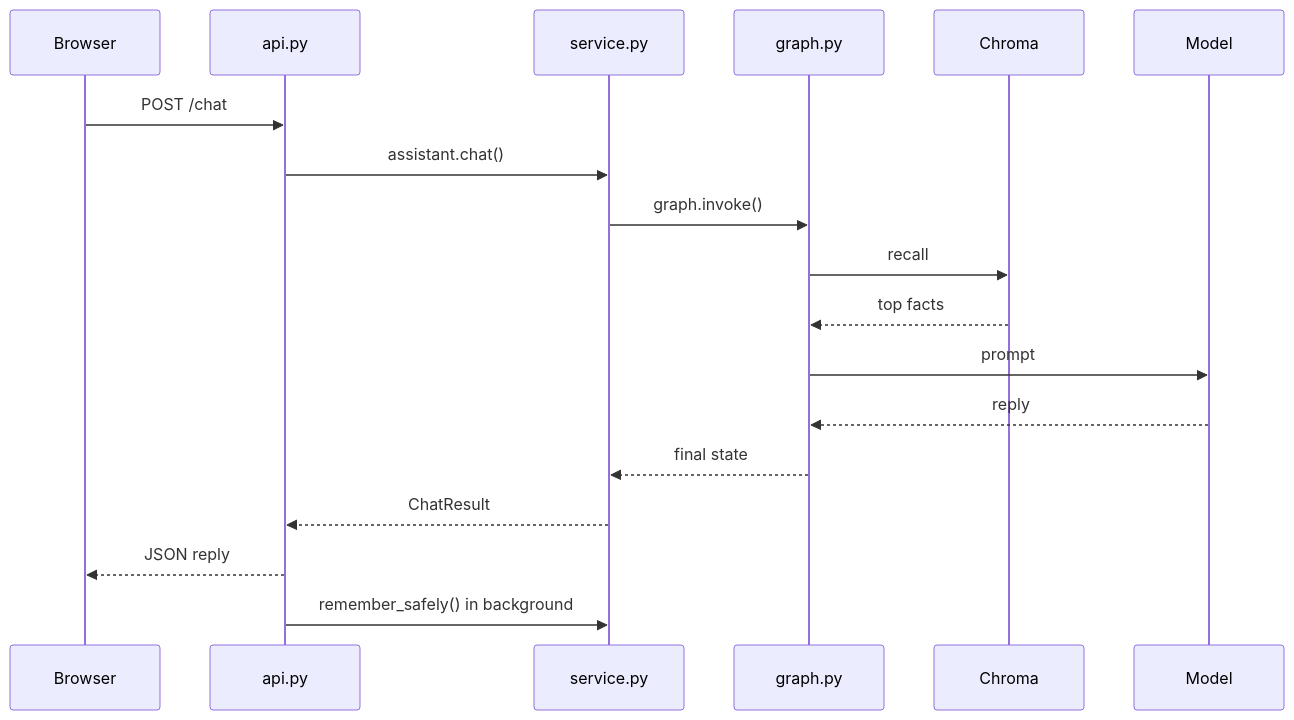
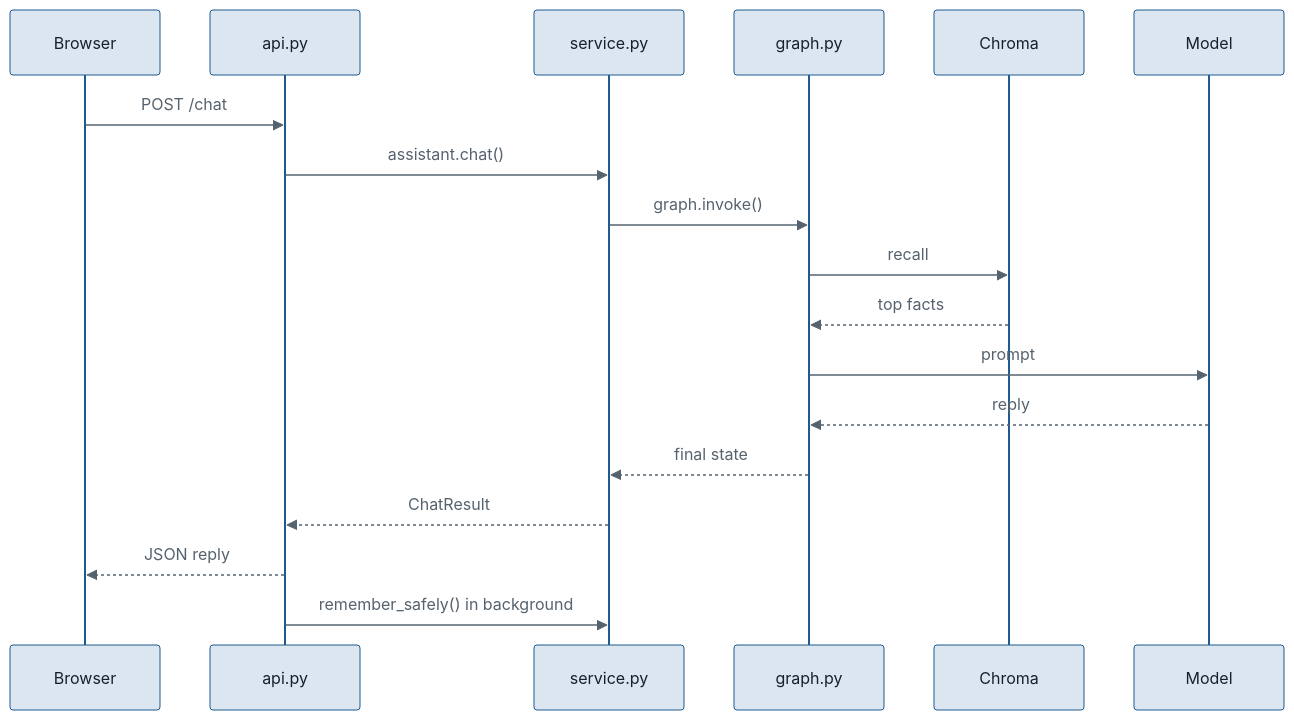
Before and after one commit to manjuv03/Personalized-AI-Assistant-with-Contextual-Recall: the second of 2 diagrams in docs/HOW_IT_WORKS.md, drawn with Mermaid. The commit also changed other lines of this file and 2 other files, not shown here.

Commit message:
Polish README and colour the diagrams

````diff
--- a/docs/HOW_IT_WORKS.md
+++ b/docs/HOW_IT_WORKS.md
@@ -141,20 +145,21 @@
 ```mermaid
+%%{init: {'theme':'base','themeVariables':{'actorBkg':'#dbe6f0','actorBorder':'#1f5b8f','actorTextColor':'#15212b','signalColor':'#56636e','signalTextColor':'#56636e','noteBkgColor':'#f6ead9','noteBorderColor':'#a8661a','sequenceNumberColor':'#ffffff'}}}%%
 sequenceDiagram
     participant B as Browser
     participant A as api.py
     participant S as service.py
     participant G as graph.py
     participant C as Chroma
     participant M as Model
     B->>A: POST /chat
     A->>S: assistant.chat()
     S->>G: graph.invoke()
     G->>C: recall
     C-->>G: top facts
     G->>M: prompt
     M-->>G: reply
     G-->>S: final state
     S-->>A: ChatResult
     A-->>B: JSON reply
     A->>S: remember_safely() in background
 ```
````
